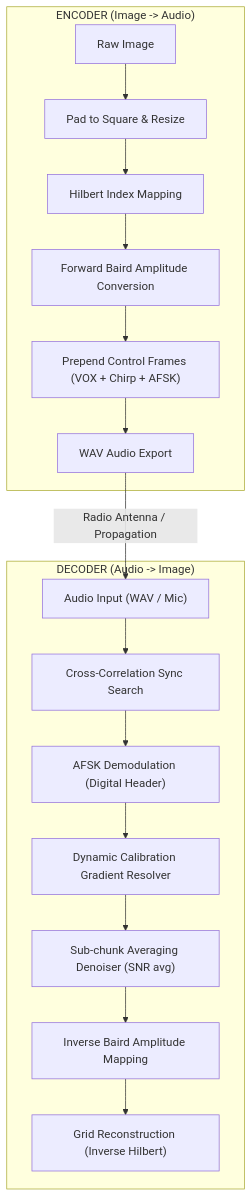
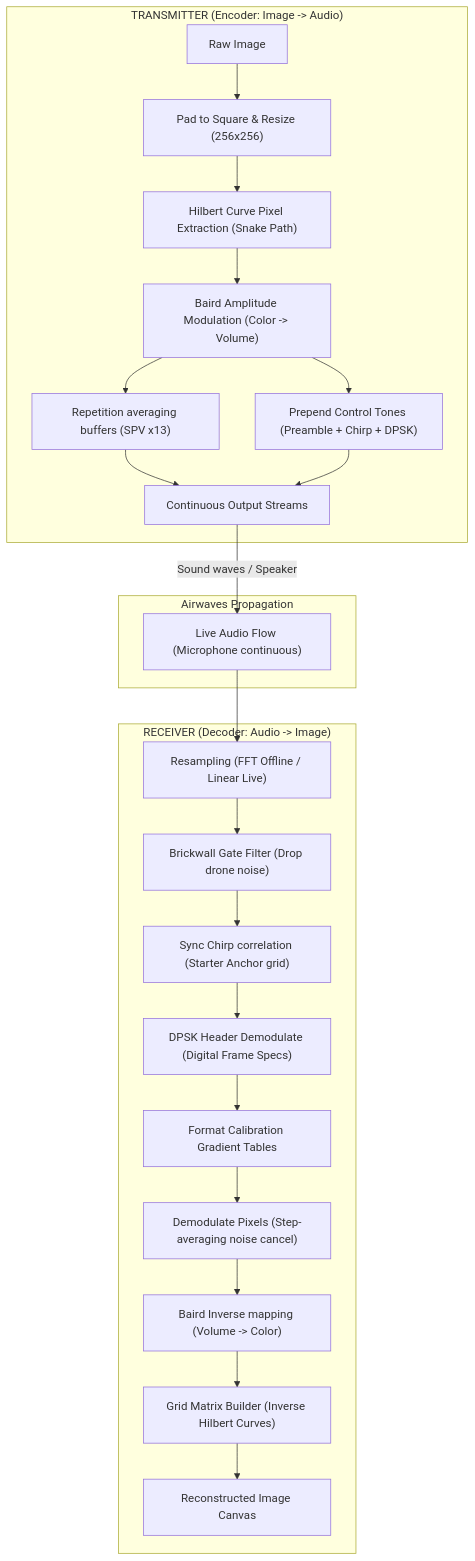
One commit to srtux/PicTalkie-1 changed the diagram in docs/algorithms.md. Above: the diagram before and after it, drawn with Mermaid. The commit also changed other lines of this file and 17 other files, not shown here.

````diff
--- a/docs/algorithms.md
+++ b/docs/algorithms.md
@@ -50,21 +63,28 @@
 ```mermaid
 graph TD
-    subgraph Encoder["ENCODER (Image -> Audio)"]
-        A["Raw Image"] --> B["Pad to Square & Resize"]
-        B --> C["Hilbert Index Mapping"]
-        C --> D["Forward Baird Amplitude Conversion"]
-        D --> E["Prepend Control Frames (VOX + Chirp + AFSK)"]
-        E --> F["WAV Audio Export"]
+    subgraph Transmit ["TRANSMITTER (Encoder: Image -> Audio)"]
+        A["Raw Image"] --> B["Pad to Square & Resize (256x256)"]
+        B --> C["Hilbert Curve Pixel Extraction (Snake Path)"]
+        C --> D["Baird Amplitude Modulation (Color -> Volume)"]
+        D --> E["Repetition averaging buffers (SPV x13)"]
+        D --> F["Prepend Control Tones (Preamble + Chirp + DPSK)"]
+        E --> G["Continuous Output Streams"]
+        F --> G
     end
 
-    subgraph Decoder["DECODER (Audio -> Image)"]
-        G["Audio Input (WAV / Mic)"] --> H["Cross-Correlation Sync Search"]
-        H --> I["AFSK Demodulation (Digital Header)"]
-        I --> J["Dynamic Calibration Gradient Resolver"]
-        J --> K["Sub-chunk Averaging Denoiser (SNR avg)"]
-        K --> L["Inverse Baird Amplitude Mapping"]
-        L --> M["Grid Reconstruction (Inverse Hilbert)"]
+    subgraph Propagation ["Airwaves Propagation"]
+        G -->|Sound waves / Speaker| H["Live Audio Flow (Microphone continuous)"]
     end
 
-    F -->|Radio Antenna / Propagation| G
+    subgraph Receive ["RECEIVER (Decoder: Audio -> Image)"]
+        H --> I["Resampling (FFT Offline / Linear Live)"]
+        I --> J["Brickwall Gate Filter (Drop drone noise)"]
+        J --> K["Sync Chirp correlation (Starter Anchor grid)"]
+        K --> L["DPSK Header Demodulate (Digital Frame Specs)"]
+        L --> M["Format Calibration Gradient Tables"]
+        M --> N["Demodulate Pixels (Step-averaging noise cancel)"]
+        N --> O["Baird Inverse mapping (Volume -> Color)"]
+        O --> P["Grid Matrix Builder (Inverse Hilbert Curves)"]
+        P --> Q["Reconstructed Image Canvas"]
+    end
 ```
````
